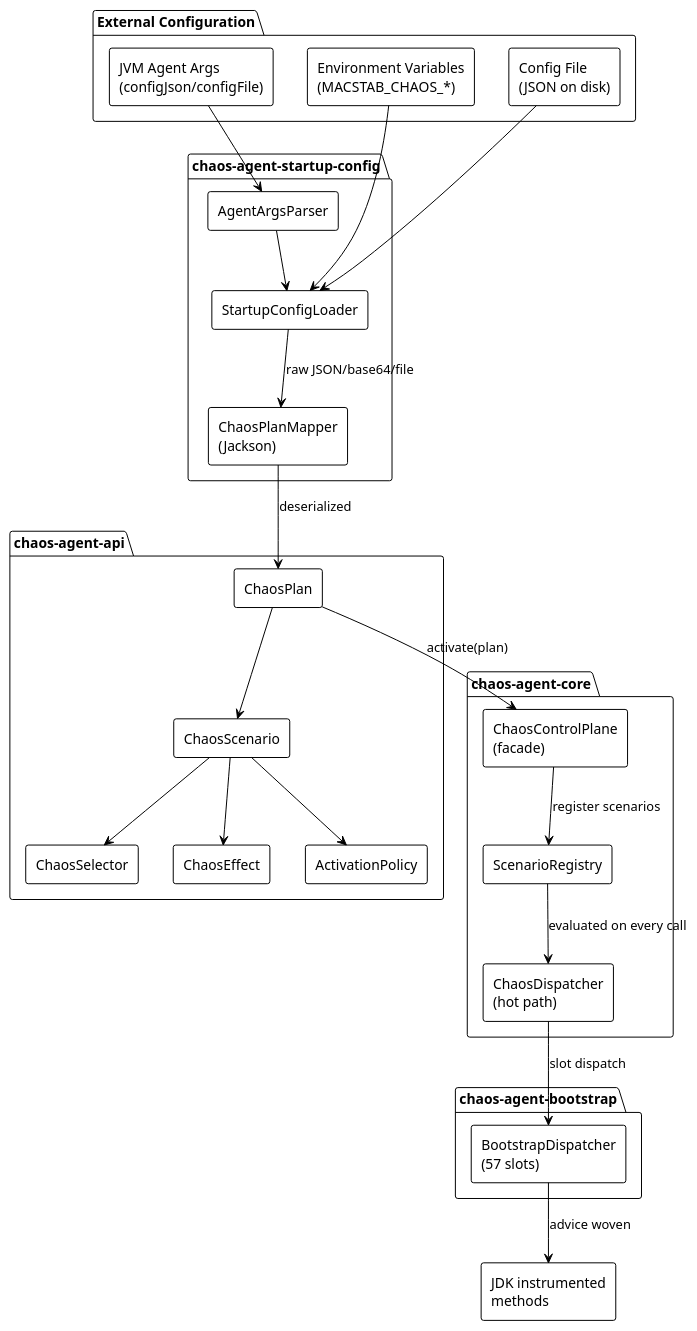
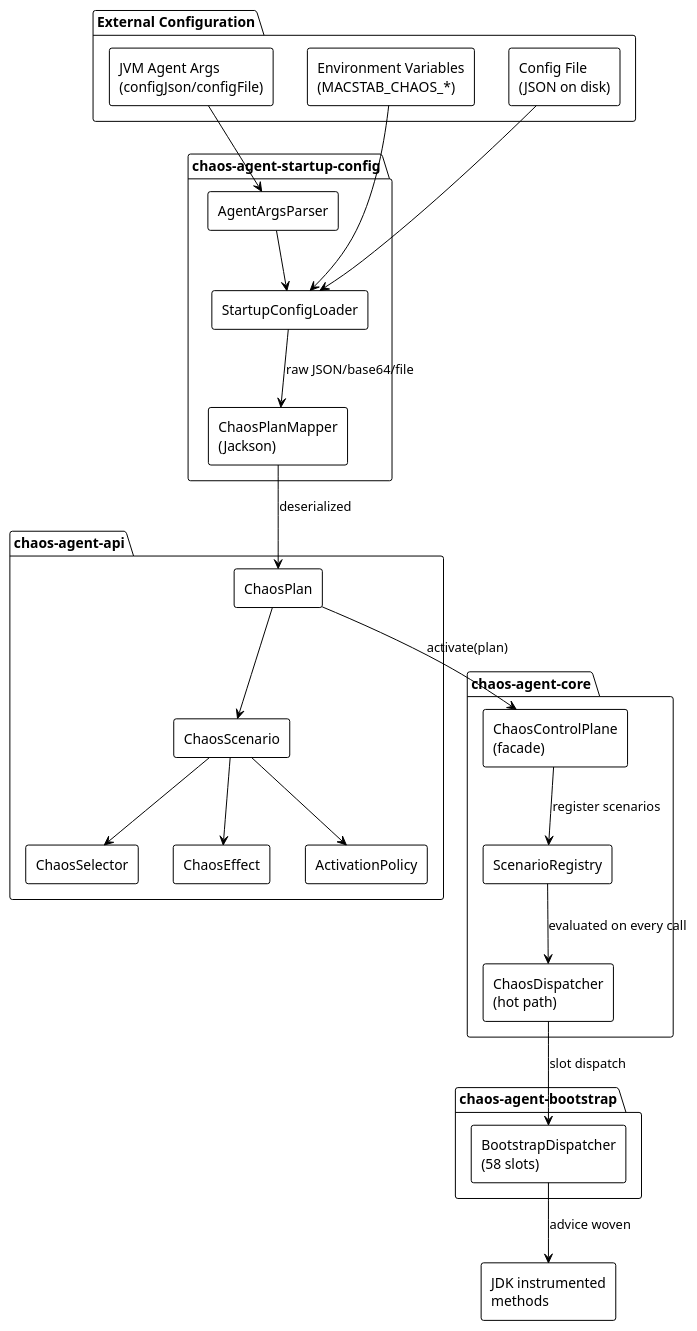
Before and after one commit to macstab/macstab-chaos-jvm-agent: the first of 2 diagrams in docs/configuration-reference.md, drawn with PlantUML. The commit also changed other lines of this file and 11 other files, not shown here.

````diff
--- a/docs/configuration-reference.md
+++ b/docs/configuration-reference.md
@@ -236,52 +242,52 @@
 ```plantuml
 @startuml chaos-config-components
 !theme plain
 skinparam componentStyle rectangle
 
 package "External Configuration" {
   [JVM Agent Args\n(configJson/configFile)] as AgentArgs
   [Environment Variables\n(MACSTAB_CHAOS_*)] as EnvVars
   [Config File\n(JSON on disk)] as ConfigFile
 }
 
 package "chaos-agent-startup-config" {
   [StartupConfigLoader] as SCL
   [AgentArgsParser] as AAP
   [ChaosPlanMapper\n(Jackson)] as CPM
 }
 
 package "chaos-agent-api" {
   [ChaosPlan] as Plan
   [ChaosScenario] as Scenario
   [ChaosSelector] as Selector
   [ChaosEffect] as Effect
   [ActivationPolicy] as Policy
 }
 
 package "chaos-agent-core" {
   [ChaosControlPlane\n(facade)] as CCP
   [ScenarioRegistry] as SR
   [ChaosDispatcher\n(hot path)] as CD
 }
 
 package "chaos-agent-bootstrap" {
-  [BootstrapDispatcher\n(57 slots)] as BD
+  [BootstrapDispatcher\n(58 slots)] as BD
 }
 
 AgentArgs --> AAP
 EnvVars --> SCL
 ConfigFile --> SCL
 AAP --> SCL
 SCL --> CPM : raw JSON/base64/file
 CPM --> Plan : deserialized
 Plan --> Scenario
 Scenario --> Selector
 Scenario --> Effect
 Scenario --> Policy
 Plan --> CCP : activate(plan)
 CCP --> SR : register scenarios
 SR --> CD : evaluated on every call
 CD --> BD : slot dispatch
 BD --> [JDK instrumented\nmethods] : advice woven
 @enduml
 ```
````
